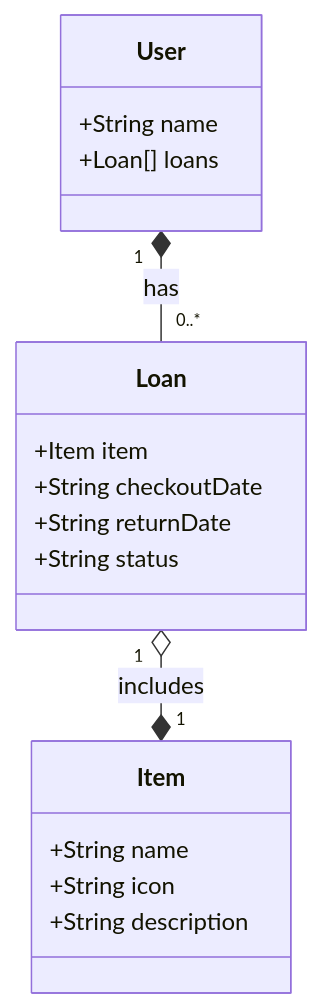
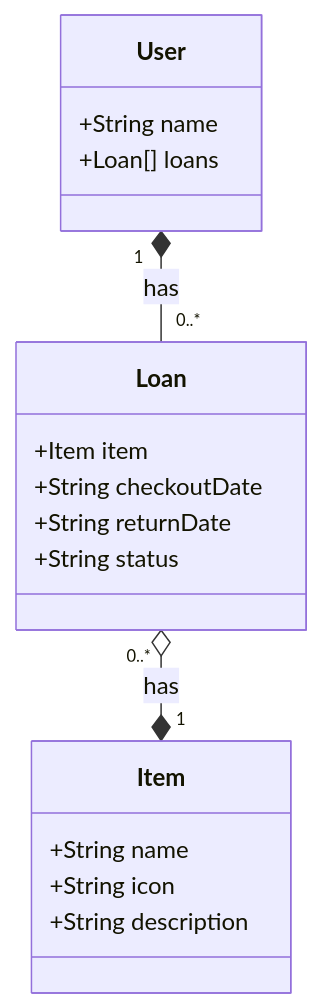
Before and after one commit to MurilloMMartins/decola-tech-2025-rest-api: the diagram in README.md, drawn with Mermaid. The commit also changed 1 other file, not shown here.

Commit message:
Changed relationship between Loan and Item

````diff
--- a/README.md
+++ b/README.md
@@ -5,23 +5,23 @@
 ```mermaid
 classDiagram
     class User {
         +String name
         +Loan[] loans
     }
 
     class Loan {
         +Item item
         +String checkoutDate
         +String returnDate
         +String status
     }
 
     class Item {
         +String name
         +String icon
         +String description
     }
 
     User "1" *-- "0..*" Loan : has
-    Loan "1" o--* "1" Item : includes
+    Loan "0..*" o--* "1" Item : has
 ```
````
